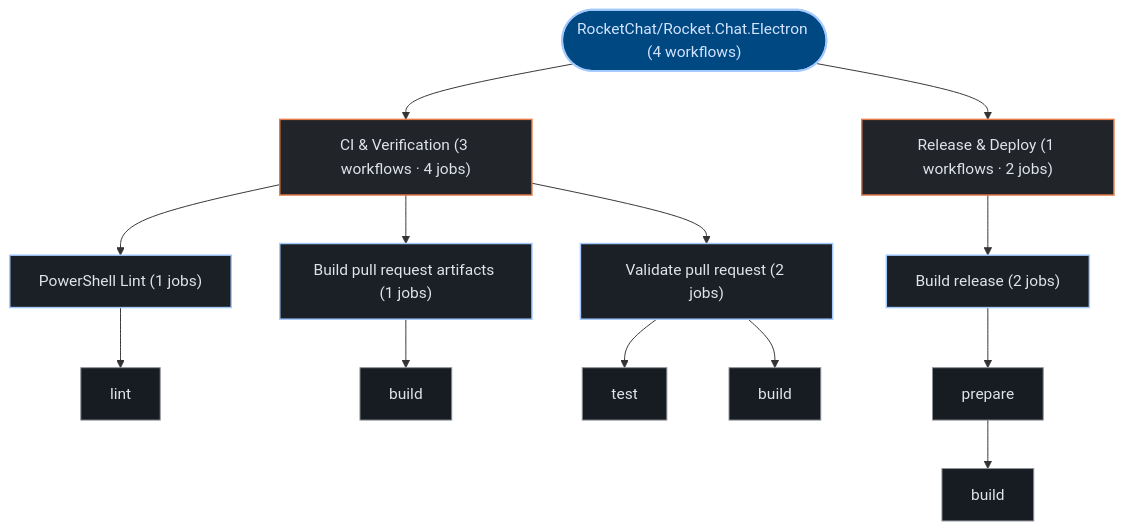
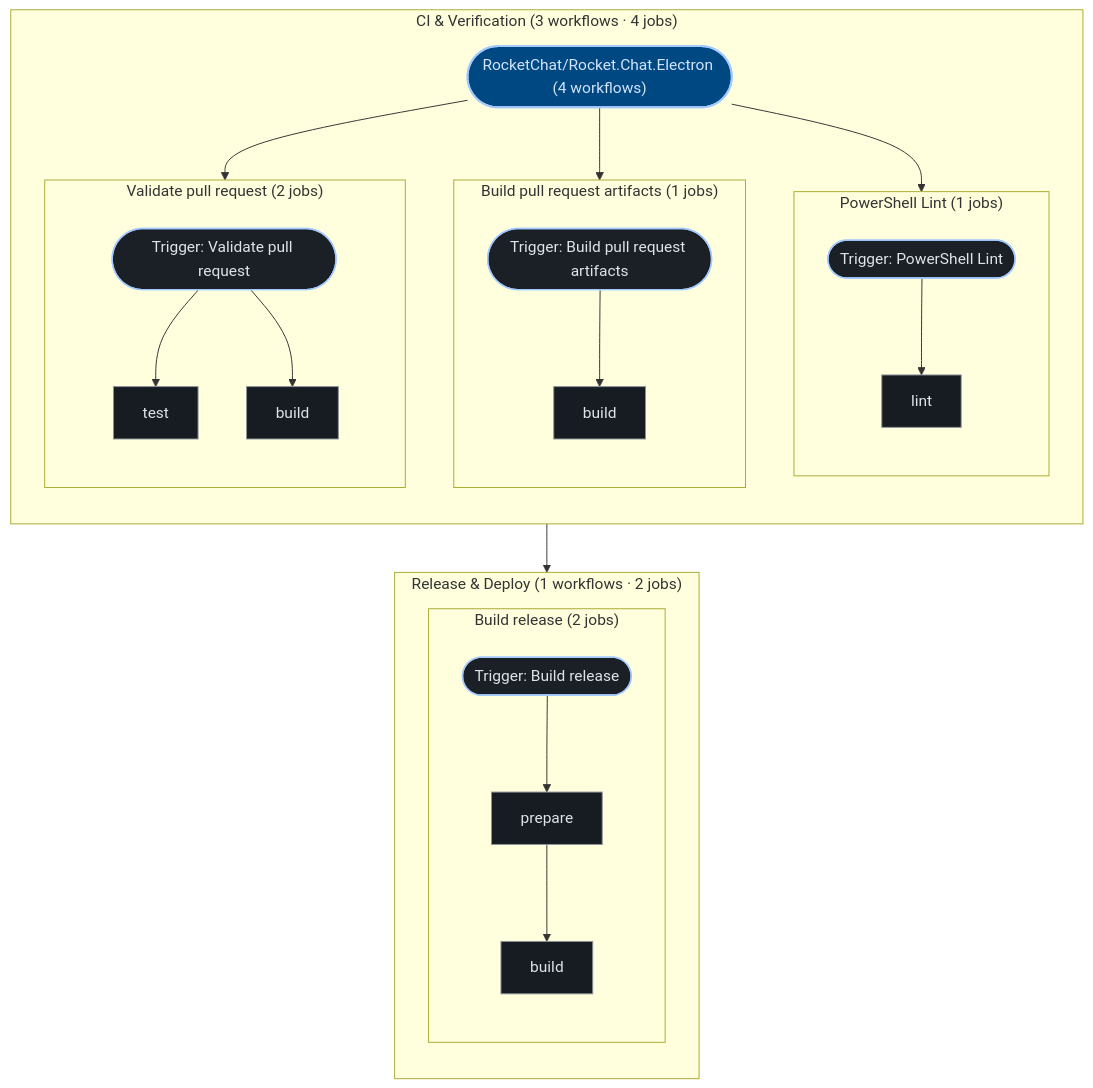
The third of 3 diagrams in exports/latest/reports/RocketChat-Rocket.Chat.Electron-report.md (kumarshaz/atruss-code-atlas), drawn with Mermaid before and after one commit. The commit also changed 181 other files, not shown here.

````diff
--- a/exports/latest/reports/RocketChat-Rocket.Chat.Electron-report.md
+++ b/exports/latest/reports/RocketChat-Rocket.Chat.Electron-report.md
@@ -231,35 +231,49 @@
 ```mermaid
 graph TD;
   classDef atlasRoot fill:#004882,stroke:#a3c9ff,stroke-width:2px,color:#d3e4ff
   classDef atlasCategory fill:#212428,stroke:#E87A48,stroke-width:1.5px,color:#dfe3eb
   classDef atlasWorkflow fill:#1b2026,stroke:#a3c9ff,stroke-width:1.5px,color:#dfe3eb
   classDef atlasJob fill:#171c22,stroke:#8d9199,stroke-width:1px,color:#dfe3eb
   classDef atlasTarget fill:#005227,stroke:#8bd99b,stroke-width:1.5px,color:#a7f6b6
   classDef atlasAlert fill:#93000a,stroke:#ffb4ab,stroke-width:1.5px,color:#ffdad6
   classDef atlasMore fill:#252a31,stroke:#8d9199,stroke-dasharray:4 4,color:#c3c6cf
   pipeline_root(["RocketChat/Rocket.Chat.Electron (4 workflows)"]):::atlasRoot
-  grp_0_CI___Verification["CI & Verification (3 workflows · 4 jobs)"]:::atlasCategory
-  pipeline_root --> grp_0_CI___Verification
-  wf_1_PowerShell_Lint["PowerShell Lint (1 jobs)"]:::atlasWorkflow
-  grp_0_CI___Verification --> wf_1_PowerShell_Lint
-  job_1_lint["lint"]:::atlasJob
-  wf_1_PowerShell_Lint --> job_1_lint
-  wf_2_Build_pull_request_artifacts["Build pull request artifacts (1 jobs)"]:::atlasWorkflow
-  grp_0_CI___Verification --> wf_2_Build_pull_request_artifacts
-  job_2_build["build"]:::atlasJob
-  wf_2_Build_pull_request_artifacts --> job_2_build
-  wf_3_Validate_pull_request["Validate pull request (2 jobs)"]:::atlasWorkflow
-  grp_0_CI___Verification --> wf_3_Validate_pull_request
-  job_3_test["test"]:::atlasJob
-  job_3_build["build"]:::atlasJob
-  wf_3_Validate_pull_request --> job_3_test
-  wf_3_Validate_pull_request --> job_3_build
-  grp_1_Release___Deploy["Release & Deploy (1 workflows · 2 jobs)"]:::atlasCategory
-  pipeline_root --> grp_1_Release___Deploy
-  wf_0_Build_release["Build release (2 jobs)"]:::atlasWorkflow
-  grp_1_Release___Deploy --> wf_0_Build_release
-  job_0_prepare["prepare"]:::atlasJob
-  job_0_build["build"]:::atlasJob
-  wf_0_Build_release --> job_0_prepare
-  job_0_prepare --> job_0_build
+  subgraph sg_grp_0_CI___Verification["CI & Verification (3 workflows · 4 jobs)"]
+    direction TB
+    subgraph sg_wf_1_PowerShell_Lint["PowerShell Lint (1 jobs)"]
+      direction TB
+      wf_1_PowerShell_Lint(["Trigger: PowerShell Lint"]):::atlasWorkflow
+      job_1_lint["lint"]:::atlasJob
+      wf_1_PowerShell_Lint --> job_1_lint
+    end
+    pipeline_root --> wf_1_PowerShell_Lint
+    subgraph sg_wf_2_Build_pull_request_artifacts["Build pull request artifacts (1 jobs)"]
+      direction TB
+      wf_2_Build_pull_request_artifacts(["Trigger: Build pull request artifacts"]):::atlasWorkflow
+      job_2_build["build"]:::atlasJob
+      wf_2_Build_pull_request_artifacts --> job_2_build
+    end
+    pipeline_root --> wf_2_Build_pull_request_artifacts
+    subgraph sg_wf_3_Validate_pull_request["Validate pull request (2 jobs)"]
+      direction TB
+      wf_3_Validate_pull_request(["Trigger: Validate pull request"]):::atlasWorkflow
+      job_3_test["test"]:::atlasJob
+      job_3_build["build"]:::atlasJob
+      wf_3_Validate_pull_request --> job_3_test
+      wf_3_Validate_pull_request --> job_3_build
+    end
+    pipeline_root --> wf_3_Validate_pull_request
+  end
+  subgraph sg_grp_1_Release___Deploy["Release & Deploy (1 workflows · 2 jobs)"]
+    direction TB
+    subgraph sg_wf_0_Build_release["Build release (2 jobs)"]
+      direction TB
+      wf_0_Build_release(["Trigger: Build release"]):::atlasWorkflow
+      job_0_prepare["prepare"]:::atlasJob
+      job_0_build["build"]:::atlasJob
+      wf_0_Build_release --> job_0_prepare
+      job_0_prepare --> job_0_build
+    end
+    pipeline_root --> wf_0_Build_release
+  end
 ```
````
